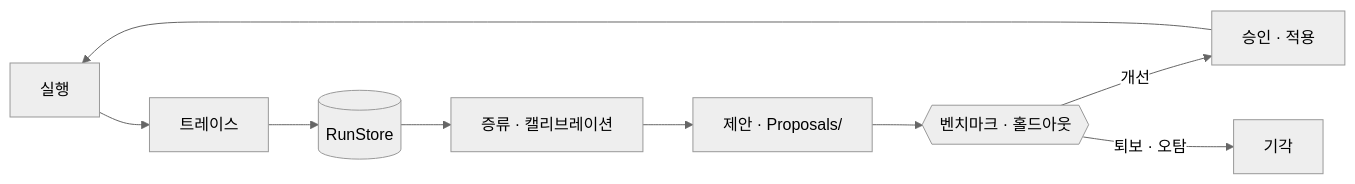
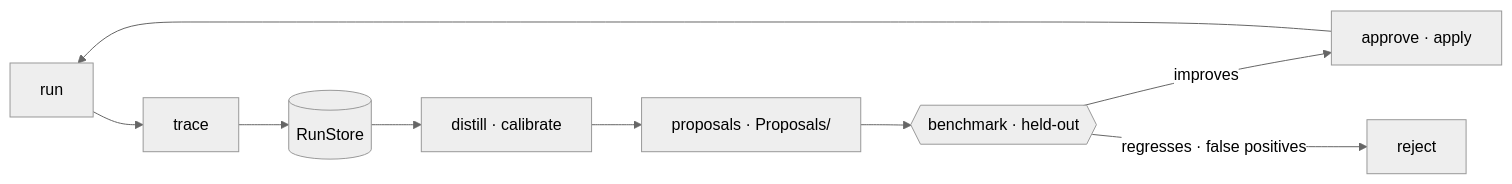
Diagram 11 of 11 in docs/ARCHITECTURE.md (SeoBYP/GameDev-AgentLoop), drawn with Mermaid (neutral theme) before and after one commit. The commit also changed other lines of this file and 21 other files, not shown here.

First line of the commit message:
오픈소스화 3단계 — 런타임 출력 영어 통일 + ARCHITECTURE 영어판

````diff
--- a/docs/ARCHITECTURE.md
+++ b/docs/ARCHITECTURE.md
@@ -748,9 +774,9 @@
 ```mermaid
 flowchart LR
-    R["실행"] --> T["트레이스"] --> S[("RunStore")]
-    S --> L["증류 · 캘리브레이션"]
-    L --> P["제안 · Proposals/"]
-    P --> B{{"벤치마크 · 홀드아웃"}}
-    B -->|"개선"| M["승인 · 적용"] --> R
-    B -->|"퇴보 · 오탐"| D["기각"]
+    R["run"] --> T["trace"] --> S[("RunStore")]
+    S --> L["distill · calibrate"]
+    L --> P["proposals · Proposals/"]
+    P --> B{{"benchmark · held-out"}}
+    B -->|"improves"| M["approve · apply"] --> R
+    B -->|"regresses · false positives"| D["reject"]
 ```
````
